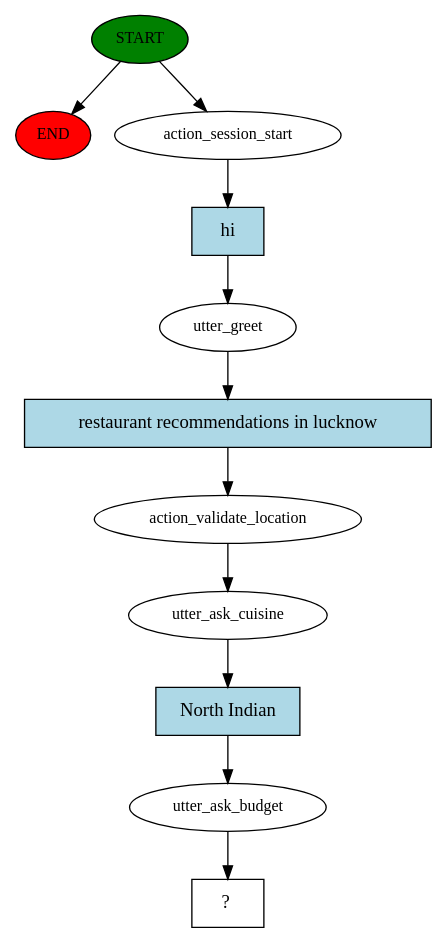
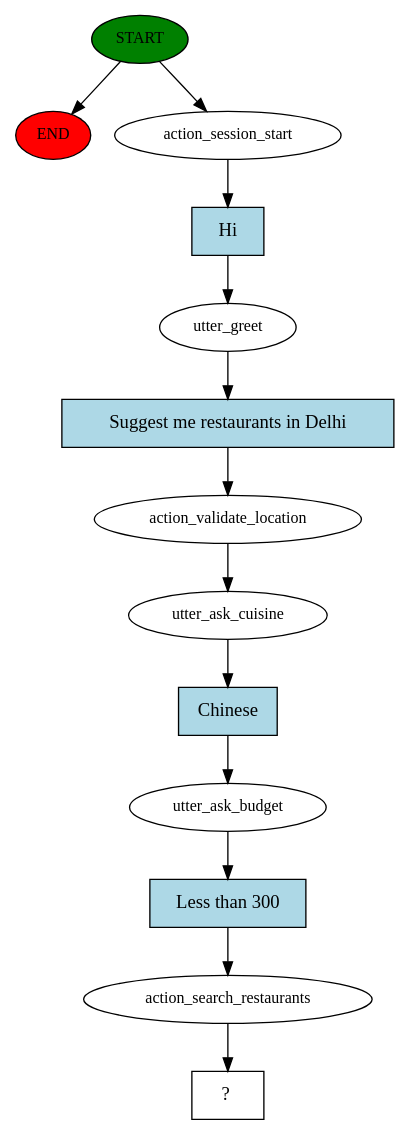
One commit to pandeyvaibhav/RasaFoodieRobi changed the diagram in story_graph.dot. Above: the diagram before and after it, drawn with Graphviz. The commit also changed 4 other files, not shown here.

```diff
--- a/story_graph.dot
+++ b/story_graph.dot
@@ -1,23 +1,27 @@
 digraph  {
 0 [class="start active", fillcolor=green, fontsize=12, label=START, style=filled];
 "-1" [class=end, fillcolor=red, fontsize=12, label=END, style=filled];
 1 [class=active, fontsize=12, label=action_session_start];
 2 [class=active, fontsize=12, label=utter_greet];
 3 [class=active, fontsize=12, label=action_validate_location];
 4 [class=active, fontsize=12, label=utter_ask_cuisine];
 5 [class=active, fontsize=12, label=utter_ask_budget];
-6 [class="intent dashed active", label="  ?  ", shape=rect];
-7 [class="intent active", fillcolor=lightblue, label=hi, shape=rect, style=filled];
-8 [class="intent active", fillcolor=lightblue, label="restaurant recommendations in lucknow", shape=rect, style=filled];
-9 [class="intent active", fillcolor=lightblue, label="North Indian", shape=rect, style=filled];
+6 [class=active, fontsize=12, label=action_search_restaurants];
+7 [class="intent dashed active", label="  ?  ", shape=rect];
+8 [class="intent active", fillcolor=lightblue, label=Hi, shape=rect, style=filled];
+9 [class="intent active", fillcolor=lightblue, label="Suggest me restaurants in Delhi", shape=rect, style=filled];
+10 [class="intent active", fillcolor=lightblue, label=Chinese, shape=rect, style=filled];
+11 [class="intent active", fillcolor=lightblue, label="Less than 300", shape=rect, style=filled];
 0 -> "-1"  [class="", key=NONE, label=""];
 0 -> 1  [class=active, key=NONE, label=""];
-1 -> 7  [class=active, key=0];
-2 -> 8  [class=active, key=0];
+1 -> 8  [class=active, key=0];
+2 -> 9  [class=active, key=0];
 3 -> 4  [class=active, key=NONE, label=""];
-4 -> 9  [class=active, key=0];
-5 -> 6  [class=active, key=NONE, label=""];
-7 -> 2  [class=active, key=0];
-8 -> 3  [class=active, key=0];
-9 -> 5  [class=active, key=0];
+4 -> 10  [class=active, key=0];
+5 -> 11  [class=active, key=0];
+6 -> 7  [class=active, key=NONE, label=""];
+8 -> 2  [class=active, key=0];
+9 -> 3  [class=active, key=0];
+10 -> 5  [class=active, key=0];
+11 -> 6  [class=active, key=0];
 }
```
